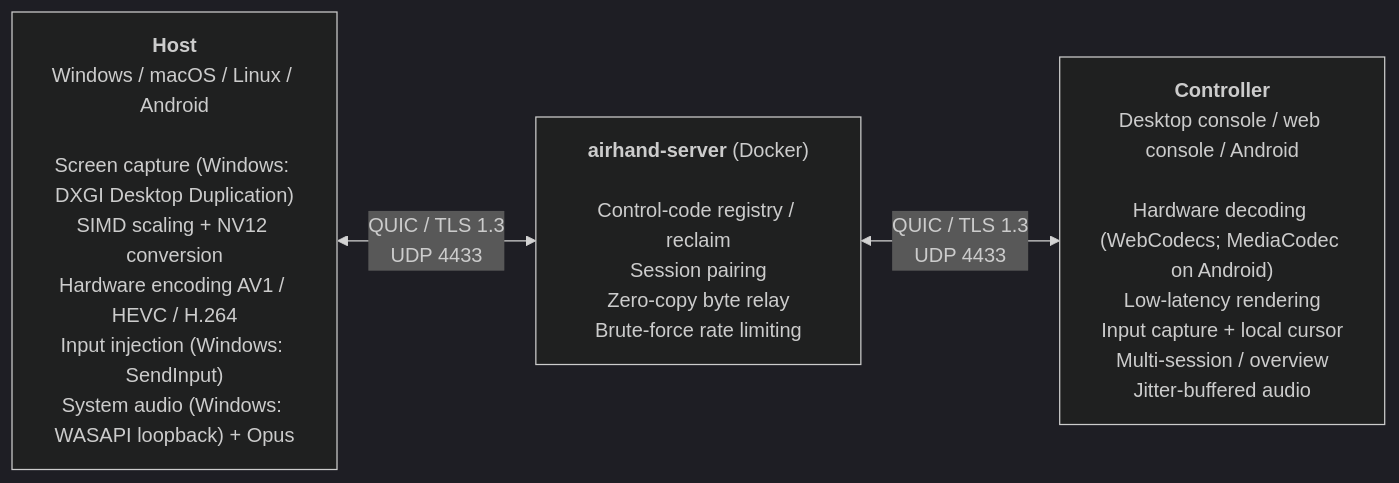
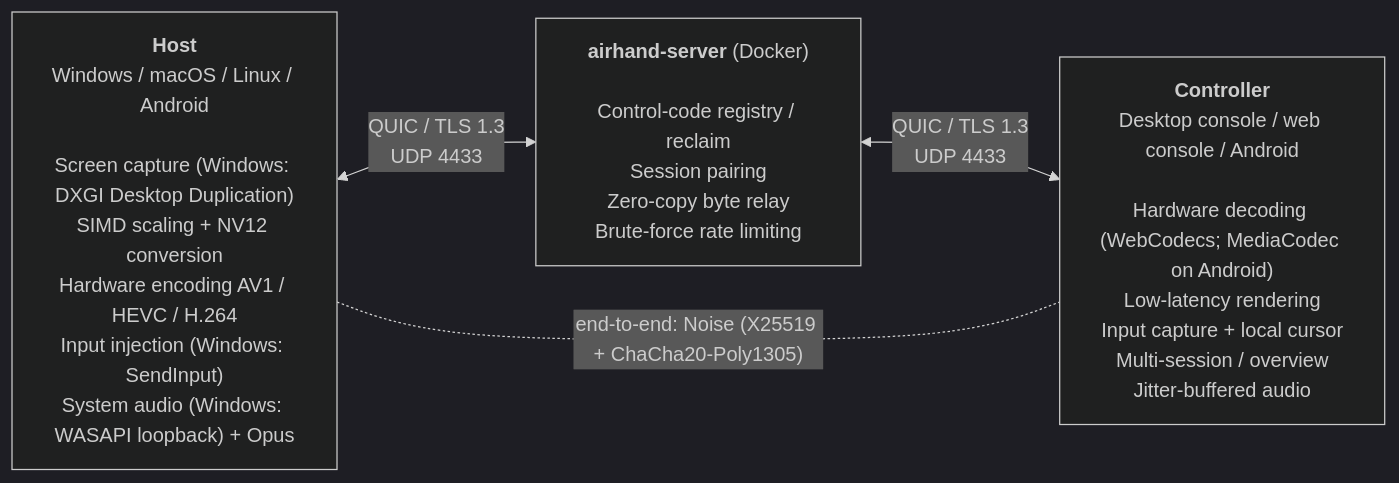
The diagram in docs/architecture.md (sqlpxc/airhand), drawn with Mermaid (dark theme) before and after one commit. The commit also changed other lines of this file and 90 other files, not shown here.

````diff
--- a/docs/architecture.md
+++ b/docs/architecture.md
@@ -7,8 +7,9 @@
 ```mermaid
 flowchart LR
     host["<b>Host</b><br>Windows / macOS / Linux / Android<br><br>Screen capture (Windows: DXGI Desktop Duplication)<br>SIMD scaling + NV12 conversion<br>Hardware encoding AV1 / HEVC / H.264<br>Input injection (Windows: SendInput)<br>System audio (Windows: WASAPI loopback) + Opus"]
     relay["<b>airhand-server</b> (Docker)<br><br>Control-code registry / reclaim<br>Session pairing<br>Zero-copy byte relay<br>Brute-force rate limiting"]
     ctrl["<b>Controller</b><br>Desktop console / web console / Android<br><br>Hardware decoding (WebCodecs; MediaCodec on Android)<br>Low-latency rendering<br>Input capture + local cursor<br>Multi-session / overview<br>Jitter-buffered audio"]
     host <-->|"QUIC / TLS 1.3<br>UDP 4433"| relay
     relay <-->|"QUIC / TLS 1.3<br>UDP 4433"| ctrl
+    host -. "end-to-end: Noise (X25519 + ChaCha20-Poly1305)" .- ctrl
 ```
````
